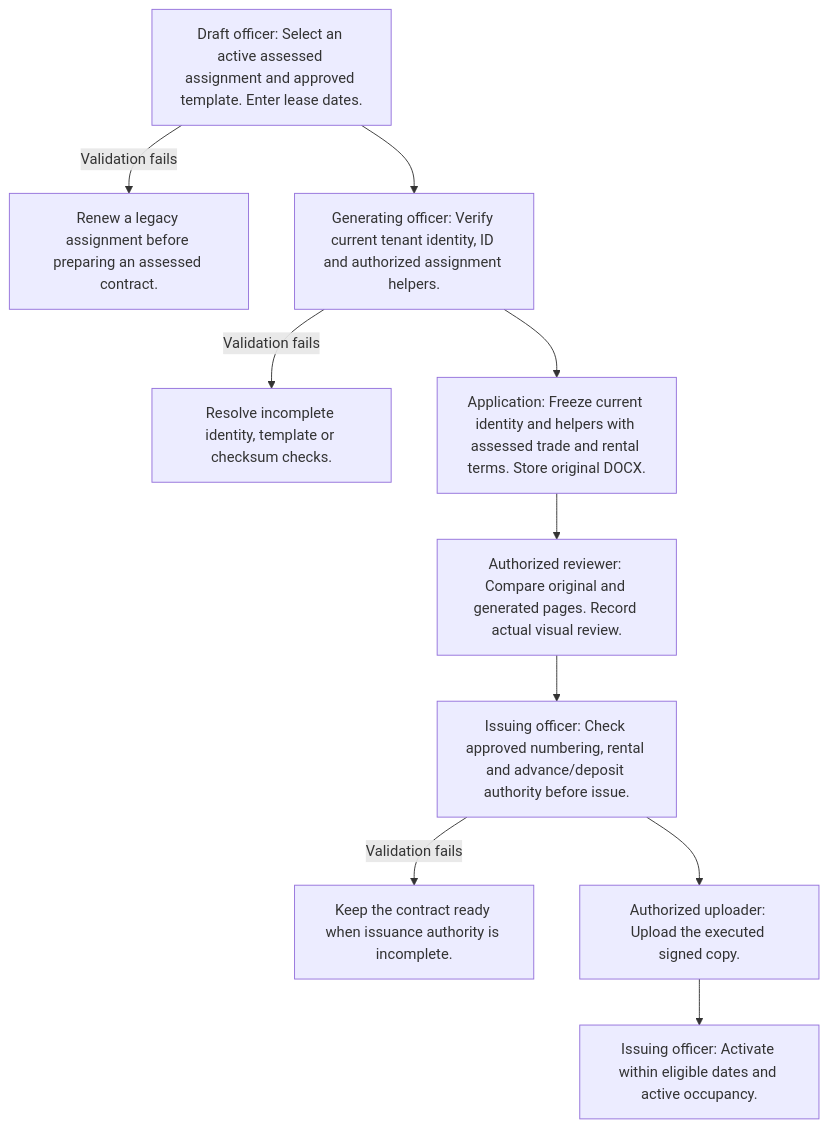
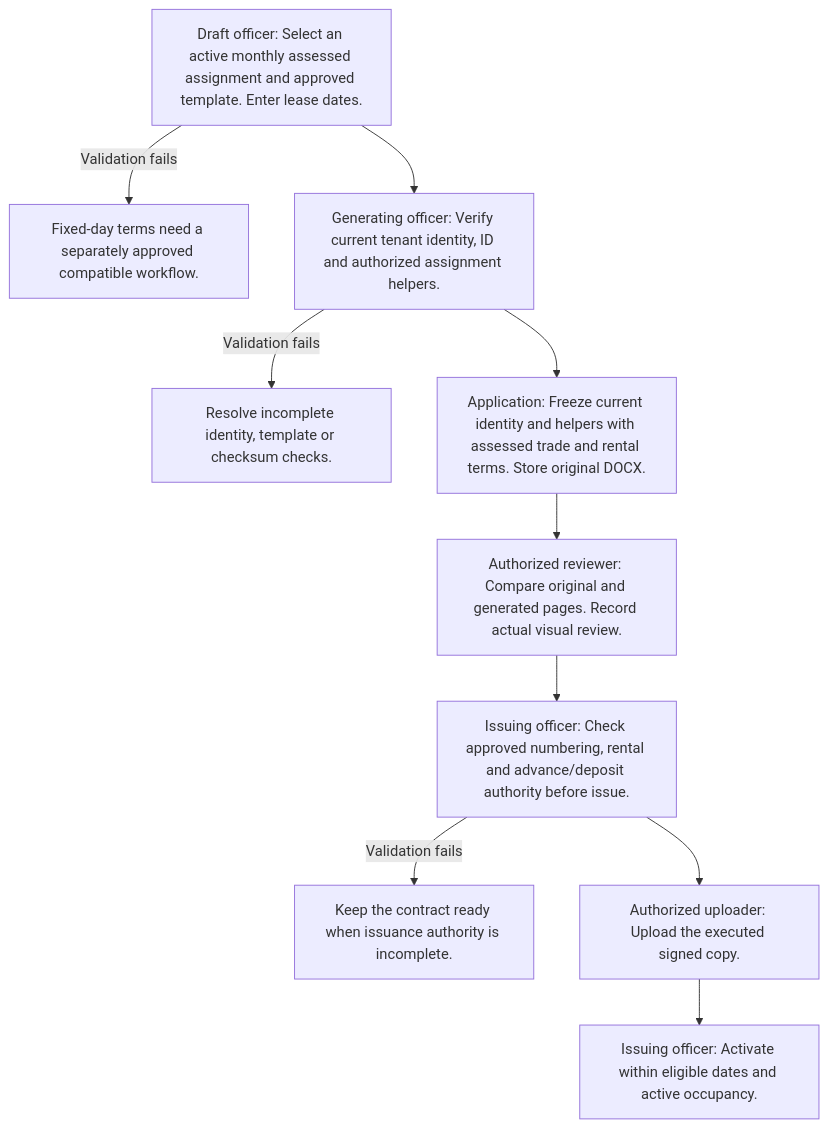
Before and after one commit to byte-vnz/markethub: the diagram in docs/user-manual/workflows/05-contract.mmd, drawn with Mermaid. The commit also changed 208 other files, not shown here.

```diff
--- a/docs/user-manual/workflows/05-contract.mmd
+++ b/docs/user-manual/workflows/05-contract.mmd
@@ -1,17 +1,17 @@
 flowchart TD
-    N0["Draft officer: Select an active assessed assignment and approved template. Enter lease dates."]
-    N0 -->|Validation fails| F0["Renew a legacy assignment before preparing an assessed contract."]
+    N0["Draft officer: Select an active monthly assessed assignment and approved template. Enter lease dates."]
+    N0 -->|Validation fails| F0["Fixed-day terms need a separately approved compatible workflow."]
     N1["Generating officer: Verify current tenant identity, ID and authorized assignment helpers."]
     N0 --> N1
     N1 -->|Validation fails| F1["Resolve incomplete identity, template or checksum checks."]
     N2["Application: Freeze current identity and helpers with assessed trade and rental terms. Store original DOCX."]
     N1 --> N2
     N3["Authorized reviewer: Compare original and generated pages. Record actual visual review."]
     N2 --> N3
     N4["Issuing officer: Check approved numbering, rental and advance/deposit authority before issue."]
     N3 --> N4
     N4 -->|Validation fails| F4["Keep the contract ready when issuance authority is incomplete."]
     N5["Authorized uploader: Upload the executed signed copy."]
     N4 --> N5
     N6["Issuing officer: Activate within eligible dates and active occupancy."]
     N5 --> N6
```
